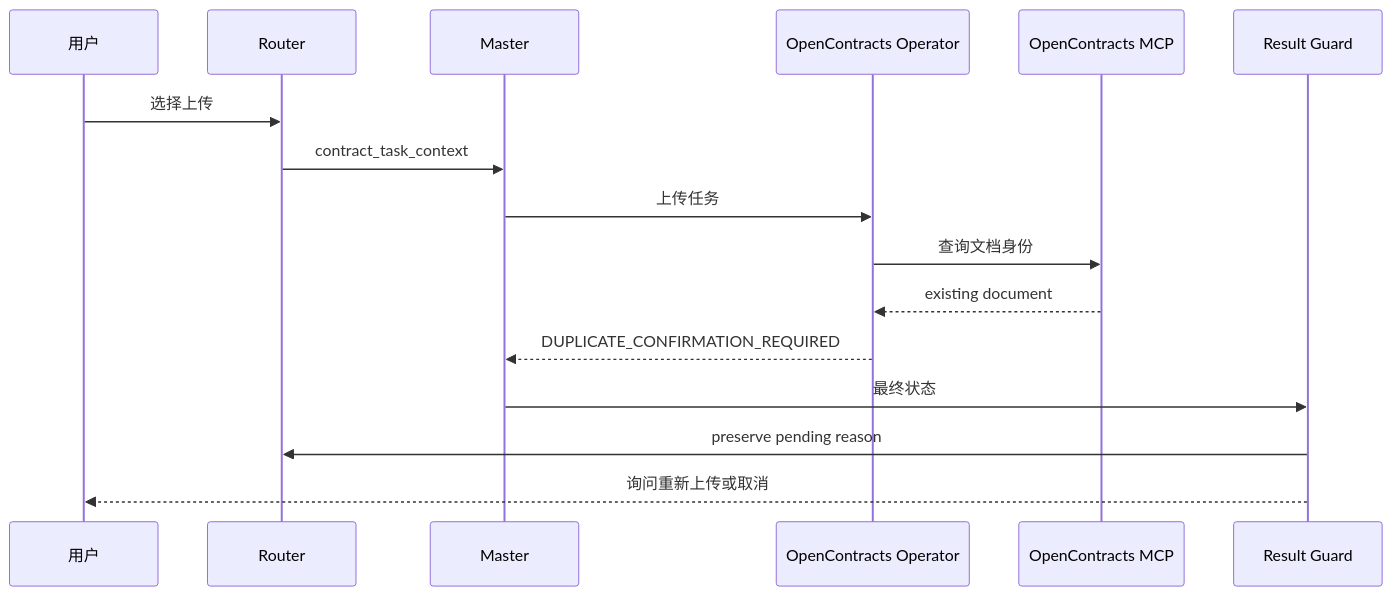
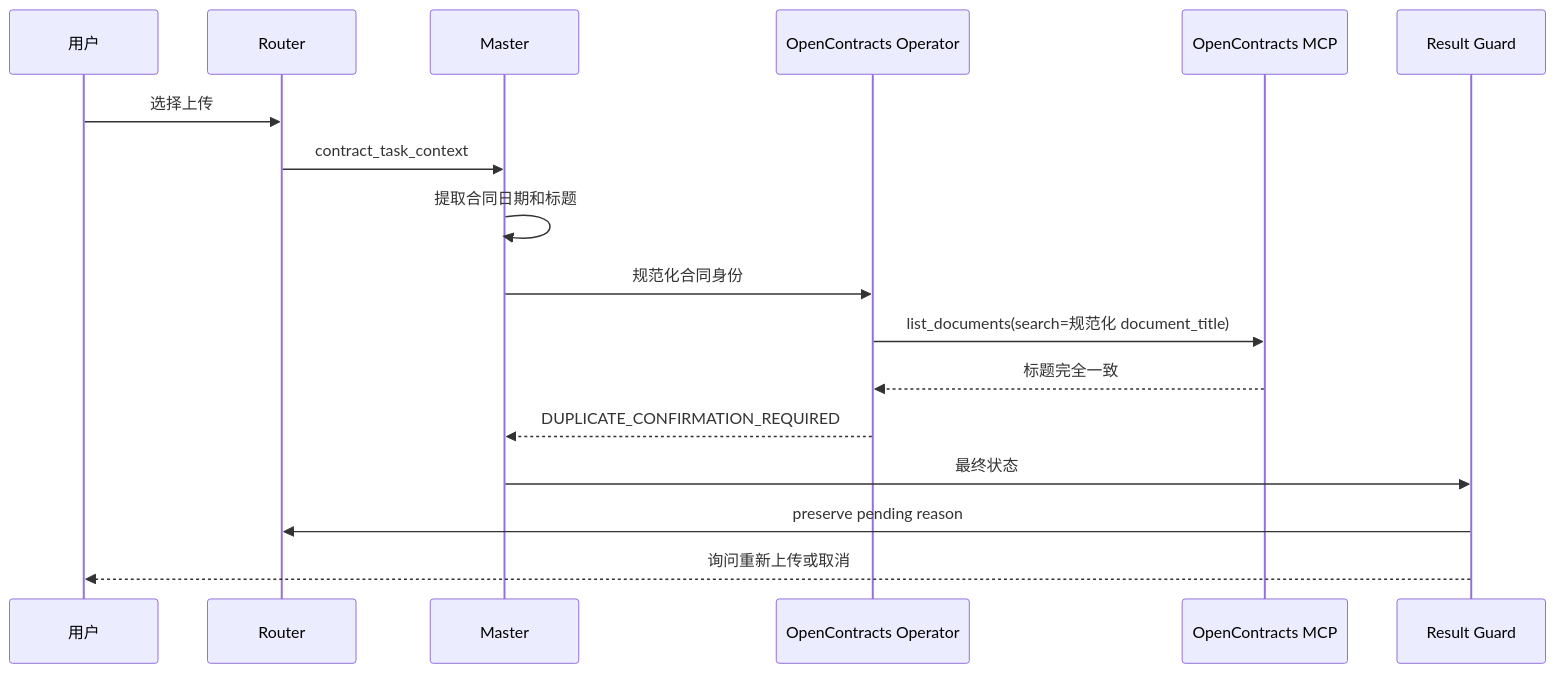
Before and after one commit to Ri0n72Y/ContractBotConfig: the second of 5 diagrams in docs/architecture/upload-sequence.md, drawn with Mermaid. The commit also changed other lines of this file and 43 other files, not shown here.

````diff
--- a/docs/architecture/upload-sequence.md
+++ b/docs/architecture/upload-sequence.md
@@ -42,19 +41,20 @@
 ```mermaid
 sequenceDiagram
     participant U as 用户
     participant R as Router
     participant M as Master
     participant O as OpenContracts Operator
     participant MCP as OpenContracts MCP
     participant RG as Result Guard
 
     U->>R: 选择上传
     R->>M: contract_task_context
-    M->>O: 上传任务
-    O->>MCP: 查询文档身份
-    MCP-->>O: existing document
+    M->>M: 提取合同日期和标题
+    M->>O: 规范化合同身份
+    O->>MCP: list_documents(search=规范化 document_title)
+    MCP-->>O: 标题完全一致
     O-->>M: DUPLICATE_CONFIRMATION_REQUIRED
     M->>RG: 最终状态
     RG->>R: preserve pending reason
     RG-->>U: 询问重新上传或取消
 ```
````
